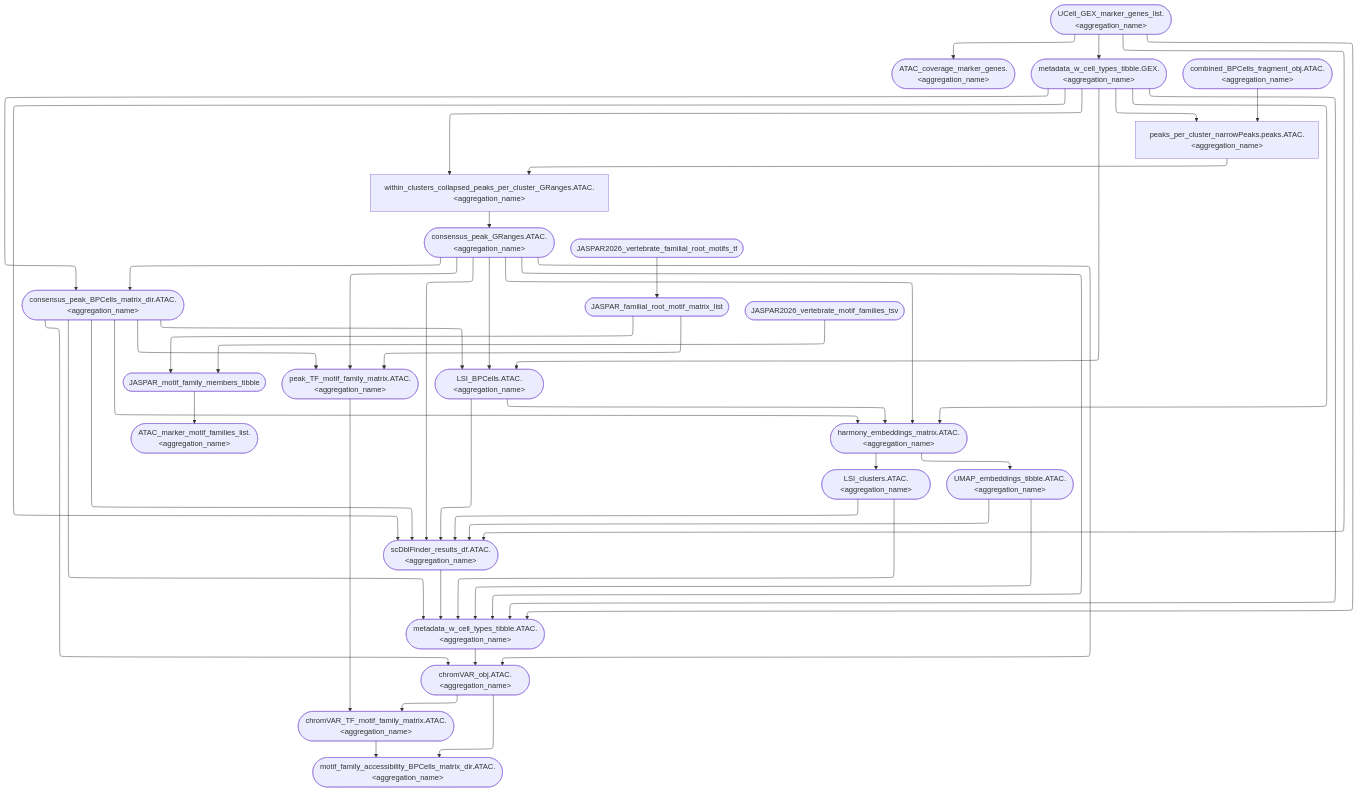
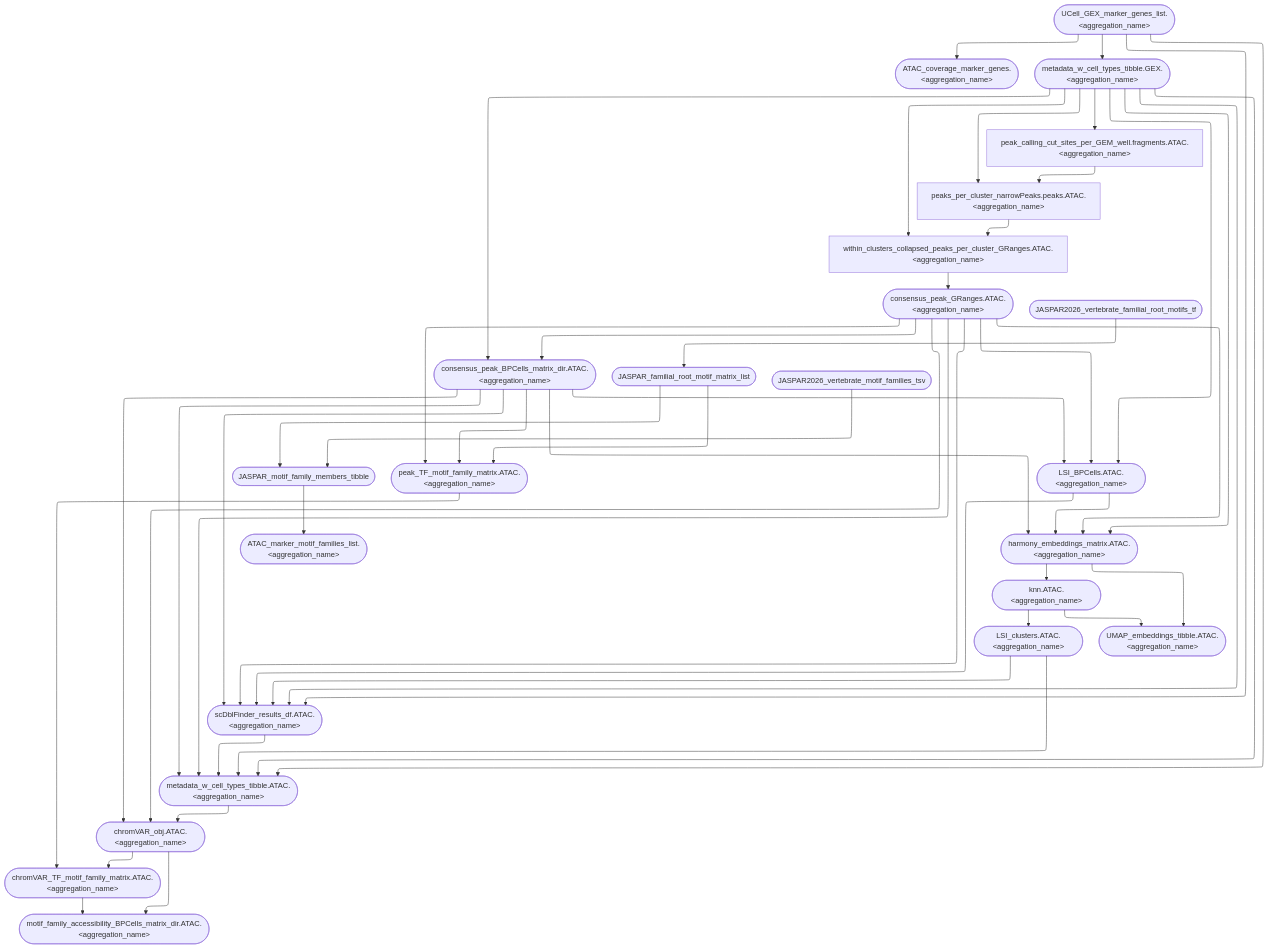
One commit to koefoeden/multiomeR changed the diagram in website/figures/human_curated/ATAC_v2.mmd. Above: the diagram before and after it, drawn with Mermaid. The commit also changed 13 other files, not shown here.

First line of the commit message:
Refresh the manual's graphs, demo outputs and defaults

```diff
--- a/website/figures/human_curated/ATAC_v2.mmd
+++ b/website/figures/human_curated/ATAC_v2.mmd
@@ -1,48 +1,49 @@
 %%{init: {'flowchart': {'defaultRenderer': 'elk'}}}%%
 flowchart TB
   UCell_GEX_marker_genes_list.ENCODE_heart_LV_6x(["UCell_GEX_marker_genes_list.&lt;aggregation_name&gt;"]):::none --> ATAC_coverage_marker_genes.ENCODE_heart_LV_6x(["ATAC_coverage_marker_genes.&lt;aggregation_name&gt;"]):::none
   JASPAR_motif_family_members_tibble(["JASPAR_motif_family_members_tibble"]):::none --> ATAC_marker_motif_families_list.ENCODE_heart_LV_6x(["ATAC_marker_motif_families_list.&lt;aggregation_name&gt;"]):::none
+  metadata_w_cell_types_tibble.ATAC.ENCODE_heart_LV_6x(["metadata_w_cell_types_tibble.ATAC.&lt;aggregation_name&gt;"]):::none --> chromVAR_obj.ATAC.ENCODE_heart_LV_6x(["chromVAR_obj.ATAC.&lt;aggregation_name&gt;"]):::none
   consensus_peak_GRanges.ATAC.ENCODE_heart_LV_6x(["consensus_peak_GRanges.ATAC.&lt;aggregation_name&gt;"]):::none --> chromVAR_obj.ATAC.ENCODE_heart_LV_6x(["chromVAR_obj.ATAC.&lt;aggregation_name&gt;"]):::none
-  metadata_w_cell_types_tibble.ATAC.ENCODE_heart_LV_6x(["metadata_w_cell_types_tibble.ATAC.&lt;aggregation_name&gt;"]):::none --> chromVAR_obj.ATAC.ENCODE_heart_LV_6x(["chromVAR_obj.ATAC.&lt;aggregation_name&gt;"]):::none
   chromVAR_obj.ATAC.ENCODE_heart_LV_6x(["chromVAR_obj.ATAC.&lt;aggregation_name&gt;"]):::none --> chromVAR_TF_motif_family_matrix.ATAC.ENCODE_heart_LV_6x(["chromVAR_TF_motif_family_matrix.ATAC.&lt;aggregation_name&gt;"]):::none
   peak_TF_motif_family_matrix.ATAC.ENCODE_heart_LV_6x(["peak_TF_motif_family_matrix.ATAC.&lt;aggregation_name&gt;"]):::none --> chromVAR_TF_motif_family_matrix.ATAC.ENCODE_heart_LV_6x(["chromVAR_TF_motif_family_matrix.ATAC.&lt;aggregation_name&gt;"]):::none
   metadata_w_cell_types_tibble.GEX.ENCODE_heart_LV_6x(["metadata_w_cell_types_tibble.GEX.&lt;aggregation_name&gt;"]):::none --> consensus_peak_BPCells_matrix_dir.ATAC.ENCODE_heart_LV_6x(["consensus_peak_BPCells_matrix_dir.ATAC.&lt;aggregation_name&gt;"]):::none
   within_clusters_collapsed_peaks_per_cluster_GRanges.ATAC.ENCODE_heart_LV_6x["within_clusters_collapsed_peaks_per_cluster_GRanges.ATAC.&lt;aggregation_name&gt;"]:::none --> consensus_peak_GRanges.ATAC.ENCODE_heart_LV_6x(["consensus_peak_GRanges.ATAC.&lt;aggregation_name&gt;"]):::none
   LSI_BPCells.ATAC.ENCODE_heart_LV_6x(["LSI_BPCells.ATAC.&lt;aggregation_name&gt;"]):::none --> harmony_embeddings_matrix.ATAC.ENCODE_heart_LV_6x(["harmony_embeddings_matrix.ATAC.&lt;aggregation_name&gt;"]):::none
   JASPAR2026_vertebrate_familial_root_motifs_tf(["JASPAR2026_vertebrate_familial_root_motifs_tf"]):::none --> JASPAR_familial_root_motif_matrix_list(["JASPAR_familial_root_motif_matrix_list"]):::none
+  JASPAR_familial_root_motif_matrix_list(["JASPAR_familial_root_motif_matrix_list"]):::none --> JASPAR_motif_family_members_tibble(["JASPAR_motif_family_members_tibble"]):::none
   JASPAR2026_vertebrate_motif_families_tsv(["JASPAR2026_vertebrate_motif_families_tsv"]):::none --> JASPAR_motif_family_members_tibble(["JASPAR_motif_family_members_tibble"]):::none
-  JASPAR_familial_root_motif_matrix_list(["JASPAR_familial_root_motif_matrix_list"]):::none --> JASPAR_motif_family_members_tibble(["JASPAR_motif_family_members_tibble"]):::none
-  harmony_embeddings_matrix.ATAC.ENCODE_heart_LV_6x(["harmony_embeddings_matrix.ATAC.&lt;aggregation_name&gt;"]):::none --> LSI_clusters.ATAC.ENCODE_heart_LV_6x(["LSI_clusters.ATAC.&lt;aggregation_name&gt;"]):::none
+  harmony_embeddings_matrix.ATAC.ENCODE_heart_LV_6x(["harmony_embeddings_matrix.ATAC.&lt;aggregation_name&gt;"]):::none --> knn.ATAC.ENCODE_heart_LV_6x(["knn.ATAC.&lt;aggregation_name&gt;"]):::none
+  knn.ATAC.ENCODE_heart_LV_6x(["knn.ATAC.&lt;aggregation_name&gt;"]):::none --> LSI_clusters.ATAC.ENCODE_heart_LV_6x(["LSI_clusters.ATAC.&lt;aggregation_name&gt;"]):::none
   scDblFinder_results_df.ATAC.ENCODE_heart_LV_6x(["scDblFinder_results_df.ATAC.&lt;aggregation_name&gt;"]):::none --> metadata_w_cell_types_tibble.ATAC.ENCODE_heart_LV_6x(["metadata_w_cell_types_tibble.ATAC.&lt;aggregation_name&gt;"]):::none
   JASPAR_familial_root_motif_matrix_list(["JASPAR_familial_root_motif_matrix_list"]):::none --> peak_TF_motif_family_matrix.ATAC.ENCODE_heart_LV_6x(["peak_TF_motif_family_matrix.ATAC.&lt;aggregation_name&gt;"]):::none
   consensus_peak_GRanges.ATAC.ENCODE_heart_LV_6x(["consensus_peak_GRanges.ATAC.&lt;aggregation_name&gt;"]):::none --> peak_TF_motif_family_matrix.ATAC.ENCODE_heart_LV_6x(["peak_TF_motif_family_matrix.ATAC.&lt;aggregation_name&gt;"]):::none
+  peak_calling_cut_sites_per_GEM_well.fragments.ATAC.ENCODE_heart_LV_6x["peak_calling_cut_sites_per_GEM_well.fragments.ATAC.&lt;aggregation_name&gt;"]:::none --> peaks_per_cluster_narrowPeaks.peaks.ATAC.ENCODE_heart_LV_6x["peaks_per_cluster_narrowPeaks.peaks.ATAC.&lt;aggregation_name&gt;"]:::none
+  knn.ATAC.ENCODE_heart_LV_6x(["knn.ATAC.&lt;aggregation_name&gt;"]):::none --> UMAP_embeddings_tibble.ATAC.ENCODE_heart_LV_6x(["UMAP_embeddings_tibble.ATAC.&lt;aggregation_name&gt;"]):::none
   harmony_embeddings_matrix.ATAC.ENCODE_heart_LV_6x(["harmony_embeddings_matrix.ATAC.&lt;aggregation_name&gt;"]):::none --> UMAP_embeddings_tibble.ATAC.ENCODE_heart_LV_6x(["UMAP_embeddings_tibble.ATAC.&lt;aggregation_name&gt;"]):::none
   peaks_per_cluster_narrowPeaks.peaks.ATAC.ENCODE_heart_LV_6x["peaks_per_cluster_narrowPeaks.peaks.ATAC.&lt;aggregation_name&gt;"]:::none --> within_clusters_collapsed_peaks_per_cluster_GRanges.ATAC.ENCODE_heart_LV_6x["within_clusters_collapsed_peaks_per_cluster_GRanges.ATAC.&lt;aggregation_name&gt;"]:::none
+  metadata_w_cell_types_tibble.GEX.ENCODE_heart_LV_6x(["metadata_w_cell_types_tibble.GEX.&lt;aggregation_name&gt;"]):::none --> peak_calling_cut_sites_per_GEM_well.fragments.ATAC.ENCODE_heart_LV_6x["peak_calling_cut_sites_per_GEM_well.fragments.ATAC.&lt;aggregation_name&gt;"]:::none
   metadata_w_cell_types_tibble.GEX.ENCODE_heart_LV_6x(["metadata_w_cell_types_tibble.GEX.&lt;aggregation_name&gt;"]):::none --> peaks_per_cluster_narrowPeaks.peaks.ATAC.ENCODE_heart_LV_6x["peaks_per_cluster_narrowPeaks.peaks.ATAC.&lt;aggregation_name&gt;"]:::none
   metadata_w_cell_types_tibble.GEX.ENCODE_heart_LV_6x(["metadata_w_cell_types_tibble.GEX.&lt;aggregation_name&gt;"]):::none --> within_clusters_collapsed_peaks_per_cluster_GRanges.ATAC.ENCODE_heart_LV_6x["within_clusters_collapsed_peaks_per_cluster_GRanges.ATAC.&lt;aggregation_name&gt;"]:::none
   metadata_w_cell_types_tibble.GEX.ENCODE_heart_LV_6x(["metadata_w_cell_types_tibble.GEX.&lt;aggregation_name&gt;"]):::none --> harmony_embeddings_matrix.ATAC.ENCODE_heart_LV_6x(["harmony_embeddings_matrix.ATAC.&lt;aggregation_name&gt;"]):::none
   metadata_w_cell_types_tibble.GEX.ENCODE_heart_LV_6x(["metadata_w_cell_types_tibble.GEX.&lt;aggregation_name&gt;"]):::none --> LSI_BPCells.ATAC.ENCODE_heart_LV_6x(["LSI_BPCells.ATAC.&lt;aggregation_name&gt;"]):::none
   metadata_w_cell_types_tibble.GEX.ENCODE_heart_LV_6x(["metadata_w_cell_types_tibble.GEX.&lt;aggregation_name&gt;"]):::none --> metadata_w_cell_types_tibble.ATAC.ENCODE_heart_LV_6x(["metadata_w_cell_types_tibble.ATAC.&lt;aggregation_name&gt;"]):::none
   metadata_w_cell_types_tibble.GEX.ENCODE_heart_LV_6x(["metadata_w_cell_types_tibble.GEX.&lt;aggregation_name&gt;"]):::none --> scDblFinder_results_df.ATAC.ENCODE_heart_LV_6x(["scDblFinder_results_df.ATAC.&lt;aggregation_name&gt;"]):::none
   chromVAR_obj.ATAC.ENCODE_heart_LV_6x(["chromVAR_obj.ATAC.&lt;aggregation_name&gt;"]):::none --> motif_family_accessibility_BPCells_matrix_dir.ATAC.ENCODE_heart_LV_6x(["motif_family_accessibility_BPCells_matrix_dir.ATAC.&lt;aggregation_name&gt;"]):::none
   UCell_GEX_marker_genes_list.ENCODE_heart_LV_6x(["UCell_GEX_marker_genes_list.&lt;aggregation_name&gt;"]):::none --> metadata_w_cell_types_tibble.GEX.ENCODE_heart_LV_6x(["metadata_w_cell_types_tibble.GEX.&lt;aggregation_name&gt;"]):::none
+  UCell_GEX_marker_genes_list.ENCODE_heart_LV_6x(["UCell_GEX_marker_genes_list.&lt;aggregation_name&gt;"]):::none --> metadata_w_cell_types_tibble.ATAC.ENCODE_heart_LV_6x(["metadata_w_cell_types_tibble.ATAC.&lt;aggregation_name&gt;"]):::none
   LSI_clusters.ATAC.ENCODE_heart_LV_6x(["LSI_clusters.ATAC.&lt;aggregation_name&gt;"]):::none --> metadata_w_cell_types_tibble.ATAC.ENCODE_heart_LV_6x(["metadata_w_cell_types_tibble.ATAC.&lt;aggregation_name&gt;"]):::none
-  UMAP_embeddings_tibble.ATAC.ENCODE_heart_LV_6x(["UMAP_embeddings_tibble.ATAC.&lt;aggregation_name&gt;"]):::none --> metadata_w_cell_types_tibble.ATAC.ENCODE_heart_LV_6x(["metadata_w_cell_types_tibble.ATAC.&lt;aggregation_name&gt;"]):::none
-  UCell_GEX_marker_genes_list.ENCODE_heart_LV_6x(["UCell_GEX_marker_genes_list.&lt;aggregation_name&gt;"]):::none --> metadata_w_cell_types_tibble.ATAC.ENCODE_heart_LV_6x(["metadata_w_cell_types_tibble.ATAC.&lt;aggregation_name&gt;"]):::none
   consensus_peak_GRanges.ATAC.ENCODE_heart_LV_6x(["consensus_peak_GRanges.ATAC.&lt;aggregation_name&gt;"]):::none --> metadata_w_cell_types_tibble.ATAC.ENCODE_heart_LV_6x(["metadata_w_cell_types_tibble.ATAC.&lt;aggregation_name&gt;"]):::none
   consensus_peak_BPCells_matrix_dir.ATAC.ENCODE_heart_LV_6x(["consensus_peak_BPCells_matrix_dir.ATAC.&lt;aggregation_name&gt;"]):::none --> metadata_w_cell_types_tibble.ATAC.ENCODE_heart_LV_6x(["metadata_w_cell_types_tibble.ATAC.&lt;aggregation_name&gt;"]):::none
+  UCell_GEX_marker_genes_list.ENCODE_heart_LV_6x(["UCell_GEX_marker_genes_list.&lt;aggregation_name&gt;"]):::none --> scDblFinder_results_df.ATAC.ENCODE_heart_LV_6x(["scDblFinder_results_df.ATAC.&lt;aggregation_name&gt;"]):::none
   LSI_clusters.ATAC.ENCODE_heart_LV_6x(["LSI_clusters.ATAC.&lt;aggregation_name&gt;"]):::none --> scDblFinder_results_df.ATAC.ENCODE_heart_LV_6x(["scDblFinder_results_df.ATAC.&lt;aggregation_name&gt;"]):::none
-  UMAP_embeddings_tibble.ATAC.ENCODE_heart_LV_6x(["UMAP_embeddings_tibble.ATAC.&lt;aggregation_name&gt;"]):::none --> scDblFinder_results_df.ATAC.ENCODE_heart_LV_6x(["scDblFinder_results_df.ATAC.&lt;aggregation_name&gt;"]):::none
-  UCell_GEX_marker_genes_list.ENCODE_heart_LV_6x(["UCell_GEX_marker_genes_list.&lt;aggregation_name&gt;"]):::none --> scDblFinder_results_df.ATAC.ENCODE_heart_LV_6x(["scDblFinder_results_df.ATAC.&lt;aggregation_name&gt;"]):::none
   consensus_peak_GRanges.ATAC.ENCODE_heart_LV_6x(["consensus_peak_GRanges.ATAC.&lt;aggregation_name&gt;"]):::none --> scDblFinder_results_df.ATAC.ENCODE_heart_LV_6x(["scDblFinder_results_df.ATAC.&lt;aggregation_name&gt;"]):::none
   consensus_peak_BPCells_matrix_dir.ATAC.ENCODE_heart_LV_6x(["consensus_peak_BPCells_matrix_dir.ATAC.&lt;aggregation_name&gt;"]):::none --> scDblFinder_results_df.ATAC.ENCODE_heart_LV_6x(["scDblFinder_results_df.ATAC.&lt;aggregation_name&gt;"]):::none
   consensus_peak_GRanges.ATAC.ENCODE_heart_LV_6x(["consensus_peak_GRanges.ATAC.&lt;aggregation_name&gt;"]):::none --> consensus_peak_BPCells_matrix_dir.ATAC.ENCODE_heart_LV_6x(["consensus_peak_BPCells_matrix_dir.ATAC.&lt;aggregation_name&gt;"]):::none
   consensus_peak_BPCells_matrix_dir.ATAC.ENCODE_heart_LV_6x(["consensus_peak_BPCells_matrix_dir.ATAC.&lt;aggregation_name&gt;"]):::none --> chromVAR_obj.ATAC.ENCODE_heart_LV_6x(["chromVAR_obj.ATAC.&lt;aggregation_name&gt;"]):::none
   consensus_peak_BPCells_matrix_dir.ATAC.ENCODE_heart_LV_6x(["consensus_peak_BPCells_matrix_dir.ATAC.&lt;aggregation_name&gt;"]):::none --> peak_TF_motif_family_matrix.ATAC.ENCODE_heart_LV_6x(["peak_TF_motif_family_matrix.ATAC.&lt;aggregation_name&gt;"]):::none
   consensus_peak_BPCells_matrix_dir.ATAC.ENCODE_heart_LV_6x(["consensus_peak_BPCells_matrix_dir.ATAC.&lt;aggregation_name&gt;"]):::none --> LSI_BPCells.ATAC.ENCODE_heart_LV_6x(["LSI_BPCells.ATAC.&lt;aggregation_name&gt;"]):::none
   consensus_peak_BPCells_matrix_dir.ATAC.ENCODE_heart_LV_6x(["consensus_peak_BPCells_matrix_dir.ATAC.&lt;aggregation_name&gt;"]):::none --> harmony_embeddings_matrix.ATAC.ENCODE_heart_LV_6x(["harmony_embeddings_matrix.ATAC.&lt;aggregation_name&gt;"]):::none
-  combined_BPCells_fragment_obj.ATAC.ENCODE_heart_LV_6x(["combined_BPCells_fragment_obj.ATAC.&lt;aggregation_name&gt;"]):::none --> peaks_per_cluster_narrowPeaks.peaks.ATAC.ENCODE_heart_LV_6x["peaks_per_cluster_narrowPeaks.peaks.ATAC.&lt;aggregation_name&gt;"]:::none
   consensus_peak_GRanges.ATAC.ENCODE_heart_LV_6x(["consensus_peak_GRanges.ATAC.&lt;aggregation_name&gt;"]):::none --> harmony_embeddings_matrix.ATAC.ENCODE_heart_LV_6x(["harmony_embeddings_matrix.ATAC.&lt;aggregation_name&gt;"]):::none
   consensus_peak_GRanges.ATAC.ENCODE_heart_LV_6x(["consensus_peak_GRanges.ATAC.&lt;aggregation_name&gt;"]):::none --> LSI_BPCells.ATAC.ENCODE_heart_LV_6x(["LSI_BPCells.ATAC.&lt;aggregation_name&gt;"]):::none
   chromVAR_TF_motif_family_matrix.ATAC.ENCODE_heart_LV_6x(["chromVAR_TF_motif_family_matrix.ATAC.&lt;aggregation_name&gt;"]):::none --> motif_family_accessibility_BPCells_matrix_dir.ATAC.ENCODE_heart_LV_6x(["motif_family_accessibility_BPCells_matrix_dir.ATAC.&lt;aggregation_name&gt;"]):::none
   LSI_BPCells.ATAC.ENCODE_heart_LV_6x(["LSI_BPCells.ATAC.&lt;aggregation_name&gt;"]):::none --> scDblFinder_results_df.ATAC.ENCODE_heart_LV_6x(["scDblFinder_results_df.ATAC.&lt;aggregation_name&gt;"]):::none
```
